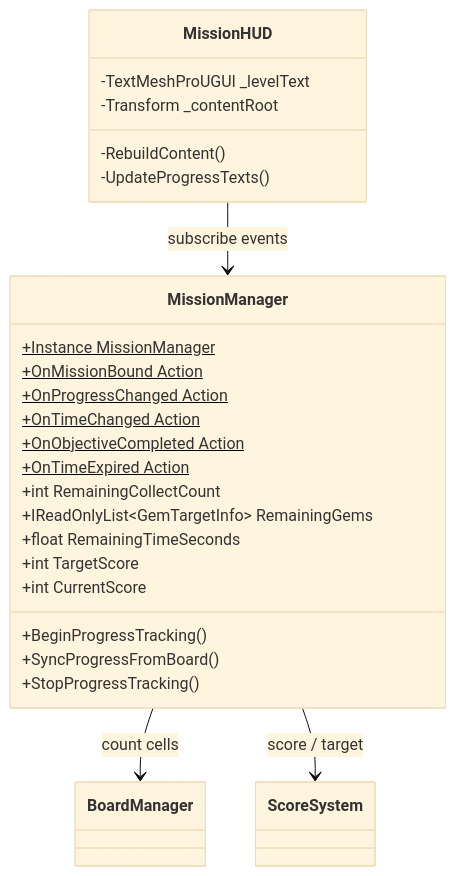
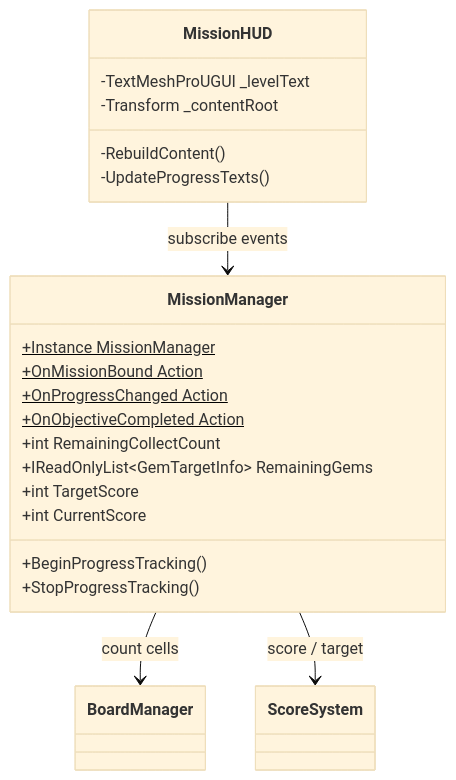
One commit to chlghksgml01/BlockPuzzle changed the second of 4 diagrams in docs/diagrams/mission-manager.md. Above: the diagram before and after it, drawn with Mermaid (base theme). The commit also changed other lines of this file and 12 other files, not shown here.

````diff
--- a/docs/diagrams/mission-manager.md
+++ b/docs/diagrams/mission-manager.md
@@ -49,30 +49,26 @@
 ```mermaid
 classDiagram
   class MissionManager {
     +Instance MissionManager$
     +OnMissionBound Action$
     +OnProgressChanged Action$
-    +OnTimeChanged Action$
     +OnObjectiveCompleted Action$
-    +OnTimeExpired Action$
     +int RemainingCollectCount
     +IReadOnlyList~GemTargetInfo~ RemainingGems
-    +float RemainingTimeSeconds
     +int TargetScore
     +int CurrentScore
     +BeginProgressTracking()
-    +SyncProgressFromBoard()
     +StopProgressTracking()
   }
 
   class MissionHUD {
     -TextMeshProUGUI _levelText
     -Transform _contentRoot
     -RebuildContent()
     -UpdateProgressTexts()
   }
 
   MissionHUD --> MissionManager : subscribe events
   MissionManager --> BoardManager : count cells
   MissionManager --> ScoreSystem : score / target
 ```
````
